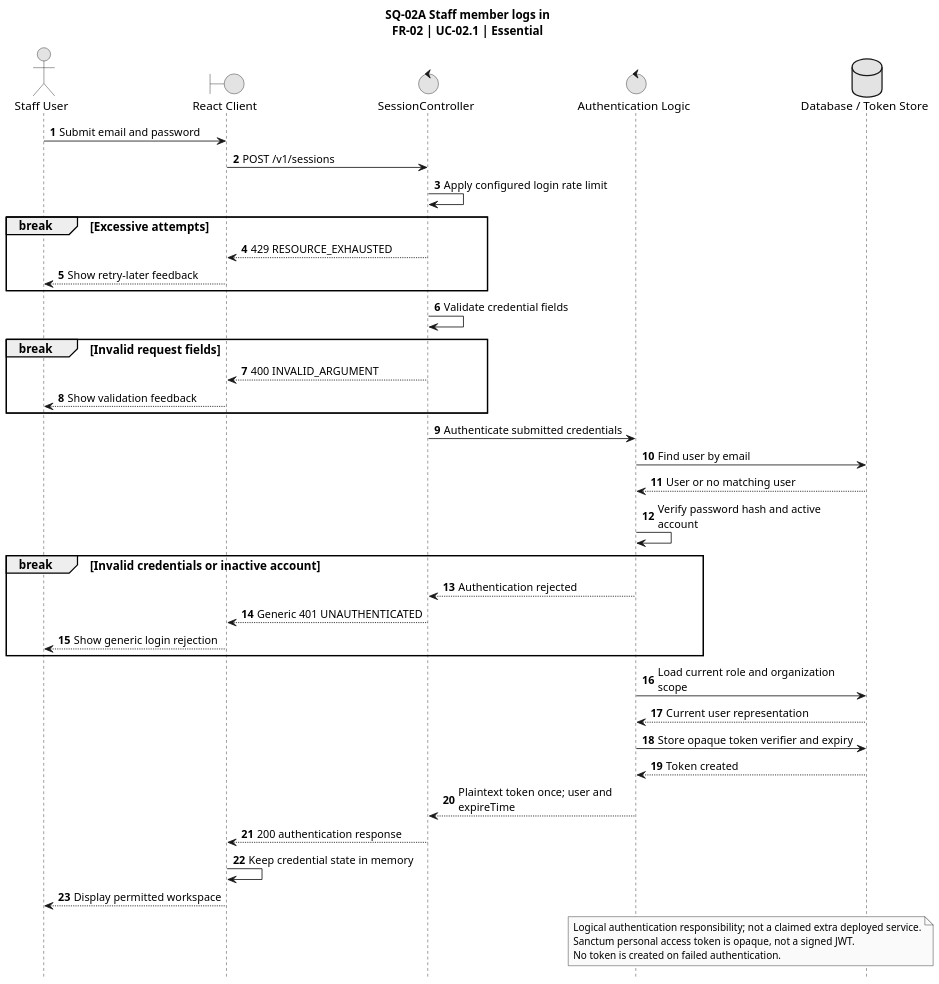
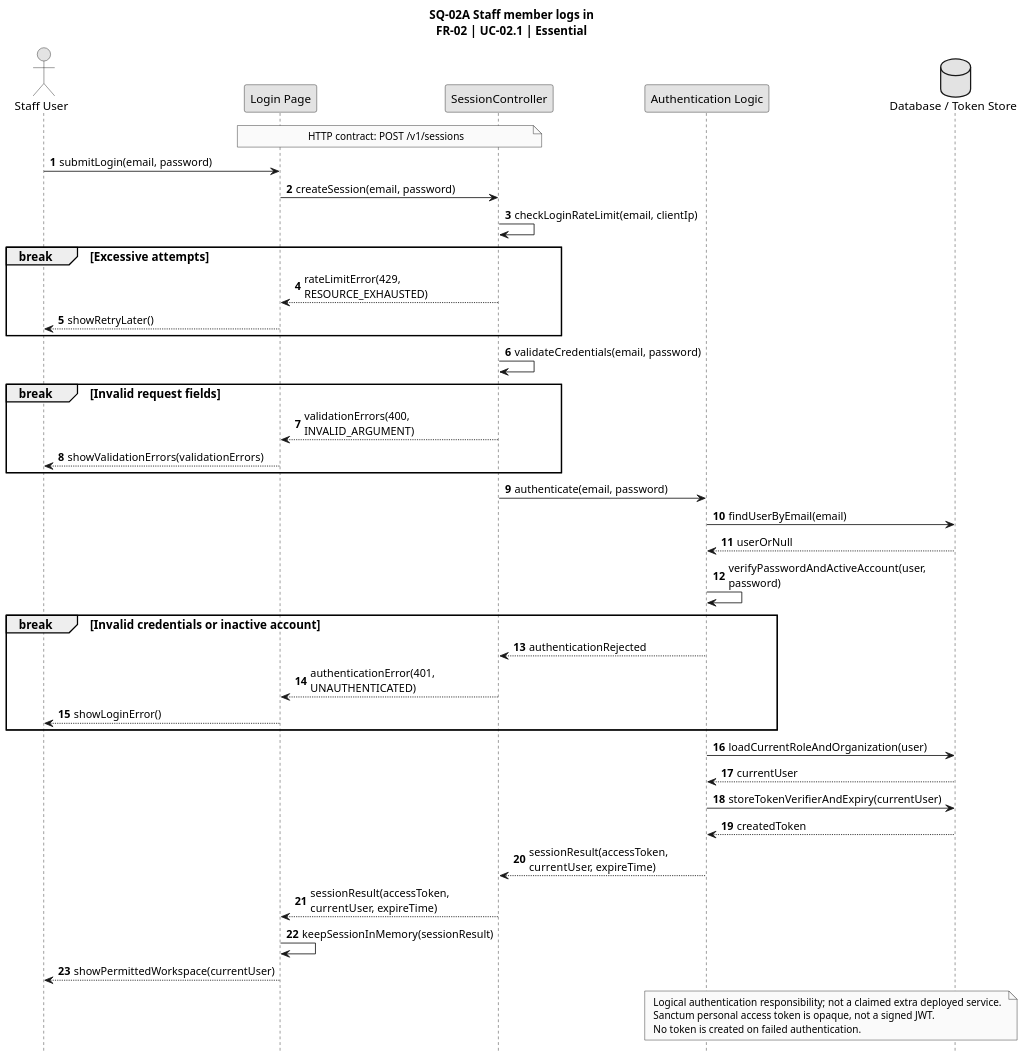
One commit to TitanDevX/BloodBankPlatformUni changed the eighth of 16 diagrams in docs/uml/PlantUML-Sources.md. Above: the diagram before and after it, drawn with PlantUML. The commit also changed other lines of this file and 17 other files, not shown here.

````diff
--- a/docs/uml/PlantUML-Sources.md
+++ b/docs/uml/PlantUML-Sources.md
@@ -432,54 +447,57 @@
 ```plantuml
 @startuml SQ02A_Login
 title SQ-02A Staff member logs in\nFR-02 | UC-02.1 | Essential
 skinparam monochrome true
 skinparam shadowing false
 skinparam defaultFontName Arial
 skinparam defaultFontSize 14
 skinparam ArrowFontSize 13
 skinparam noteFontSize 12
 skinparam dpi 140
 hide footbox
 skinparam maxMessageSize 240
 autonumber
 actor "Staff User" as Staff
-boundary "React Client" as Client
-control SessionController as Ctrl
-control "Authentication Logic" as Auth
+participant "Login Page" as Client
+participant SessionController as Ctrl
+participant "Authentication Logic" as Auth
 database "Database / Token Store" as DB
-Staff -> Client: Submit email and password
-Client -> Ctrl: POST /v1/sessions
-Ctrl -> Ctrl: Apply configured login rate limit
+note over Client, Ctrl
+ HTTP contract: POST /v1/sessions
+end note
+Staff -> Client: submitLogin(email, password)
+Client -> Ctrl: createSession(email, password)
+Ctrl -> Ctrl: checkLoginRateLimit(email, clientIp)
 break Excessive attempts
- Ctrl --> Client: 429 RESOURCE_EXHAUSTED
- Client --> Staff: Show retry-later feedback
+ Ctrl --> Client: rateLimitError(429, RESOURCE_EXHAUSTED)
+ Client --> Staff: showRetryLater()
 end
-Ctrl -> Ctrl: Validate credential fields
+Ctrl -> Ctrl: validateCredentials(email, password)
 break Invalid request fields
- Ctrl --> Client: 400 INVALID_ARGUMENT
- Client --> Staff: Show validation feedback
+ Ctrl --> Client: validationErrors(400, INVALID_ARGUMENT)
+ Client --> Staff: showValidationErrors(validationErrors)
 end
-Ctrl -> Auth: Authenticate submitted credentials
-Auth -> DB: Find user by email
-DB --> Auth: User or no matching user
-Auth -> Auth: Verify password hash and active account
+Ctrl -> Auth: authenticate(email, password)
+Auth -> DB: findUserByEmail(email)
+DB --> Auth: userOrNull
+Auth -> Auth: verifyPasswordAndActiveAccount(user, password)
 break Invalid credentials or inactive account
- Auth --> Ctrl: Authentication rejected
- Ctrl --> Client: Generic 401 UNAUTHENTICATED
- Client --> Staff: Show generic login rejection
+ Auth --> Ctrl: authenticationRejected
+ Ctrl --> Client: authenticationError(401, UNAUTHENTICATED)
+ Client --> Staff: showLoginError()
 end
-Auth -> DB: Load current role and organization scope
-DB --> Auth: Current user representation
-Auth -> DB: Store opaque token verifier and expiry
-DB --> Auth: Token created
-Auth --> Ctrl: Plaintext token once; user and expireTime
-Ctrl --> Client: 200 authentication response
-Client -> Client: Keep credential state in memory
-Client --> Staff: Display permitted workspace
+Auth -> DB: loadCurrentRoleAndOrganization(user)
+DB --> Auth: currentUser
+Auth -> DB: storeTokenVerifierAndExpiry(currentUser)
+DB --> Auth: createdToken
+Auth --> Ctrl: sessionResult(accessToken, currentUser, expireTime)
+Ctrl --> Client: sessionResult(accessToken, currentUser, expireTime)
+Client -> Client: keepSessionInMemory(sessionResult)
+Client --> Staff: showPermittedWorkspace(currentUser)
 note over Auth, DB
  Logical authentication responsibility; not a claimed extra deployed service.
  Sanctum personal access token is opaque, not a signed JWT.
  No token is created on failed authentication.
 end note
 @enduml
 ```
````
